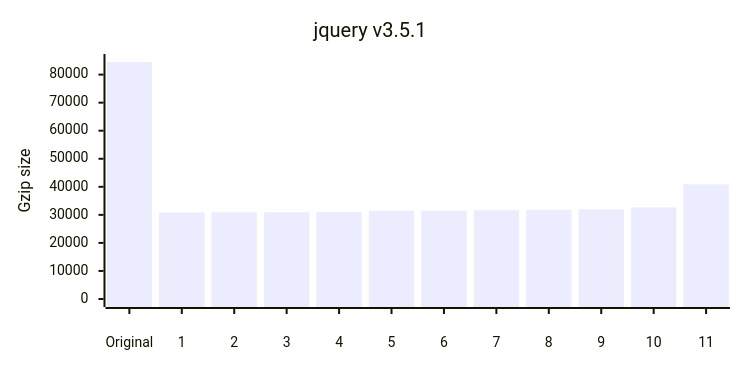
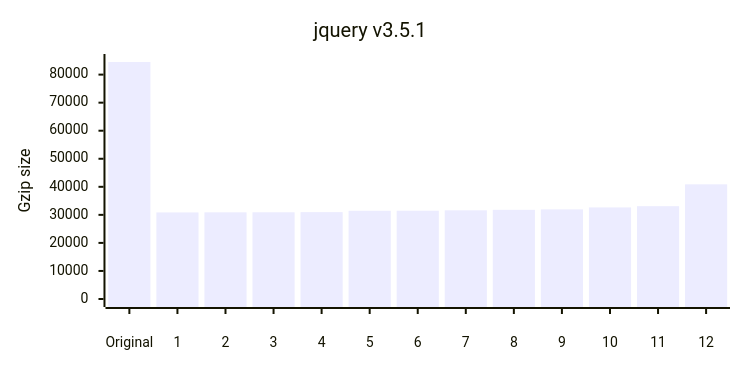
Before and after one commit to privatenumber/minification-benchmarks: the third of 12 diagrams in README.md, drawn with Mermaid. The commit also changed other lines of this file and 1 other file, not shown here.

````diff
--- a/README.md
+++ b/README.md
@@ -157,17 +157,17 @@
 ```mermaid
 ---
 config:
     xyChart:
         width: 720
         height: 360
         xAxis:
             labelPadding: 20
         yAxis:
             labelPadding: 10
 ---
 xychart-beta
 	title "jquery v3.5.1"
-	x-axis ["Original",1,2,3,4,5,6,7,8,9,10,11]
+	x-axis ["Original",1,2,3,4,5,6,7,8,9,10,11,12]
 	y-axis "Gzip size" 0 --> 84498
-	bar [84498,30866,30903,30913,30969,31446,31470,31621,31799,31954,32653,40879]
+	bar [84498,30866,30903,30913,30969,31446,31470,31621,31799,31954,32653,33092,40879]
 ```
````
